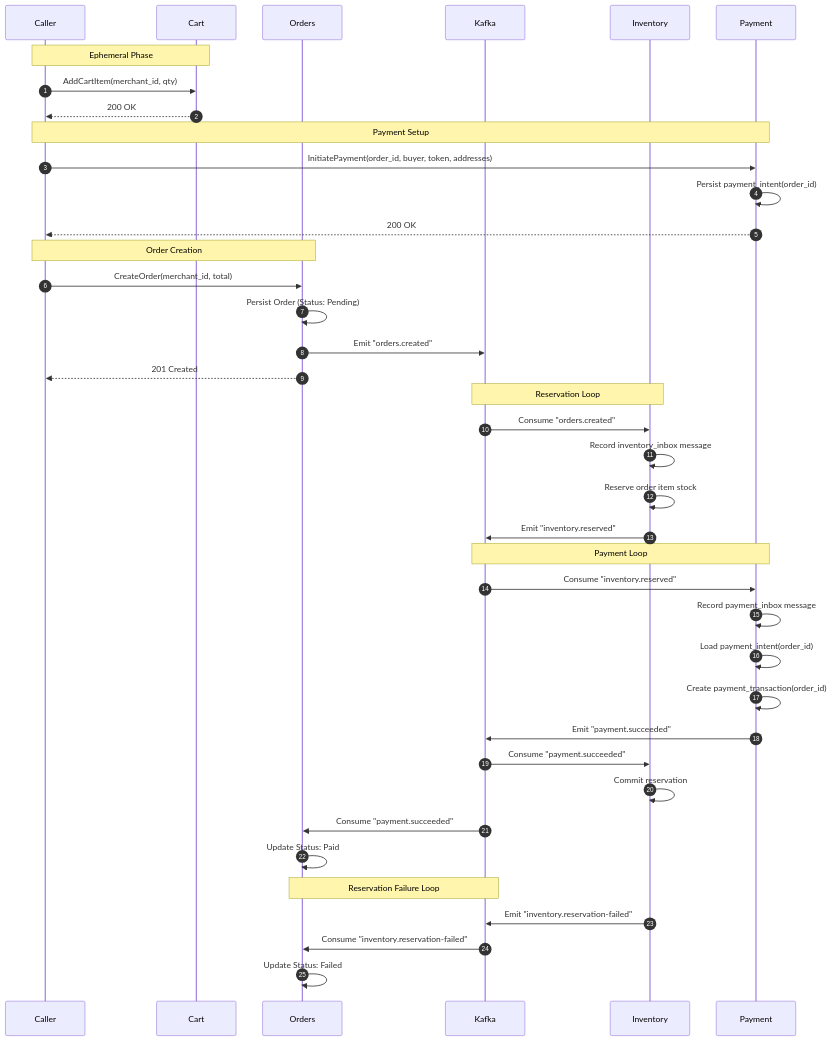
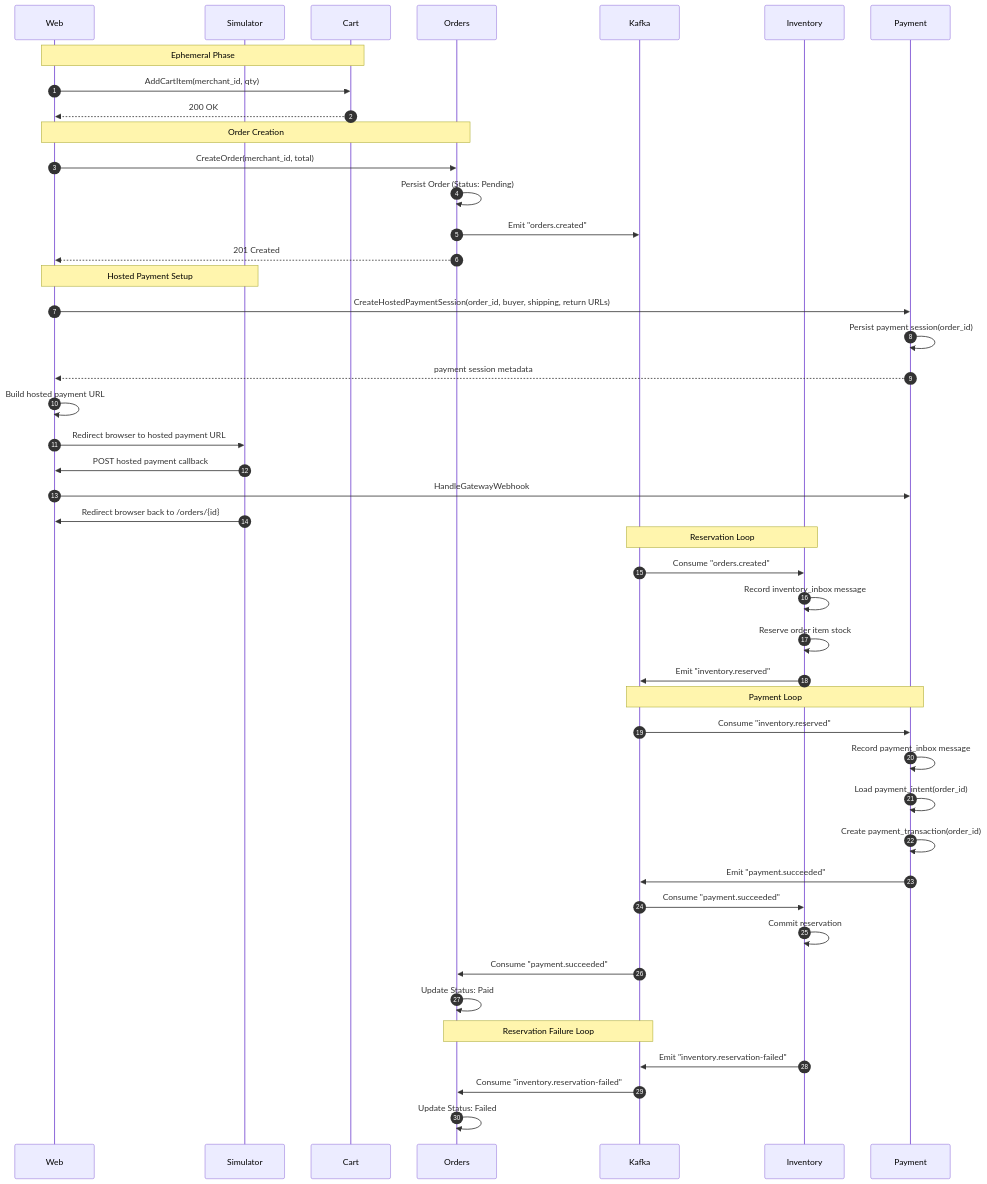
The diagram in docs/order-placement.md (phuchoang2603/refurbished-marketplace), drawn with Mermaid before and after one commit. The commit also changed other lines of this file and 49 other files, not shown here.

Commit message:
feat(payment): add hosted checkout session flow

````diff
--- a/docs/order-placement.md
+++ b/docs/order-placement.md
@@ -14,47 +14,53 @@
 ```mermaid
 sequenceDiagram
     autonumber
-    participant C as Caller
+    participant WEB as Web
+    participant SIM as Simulator
     participant CRT as Cart
     participant ORD as Orders
     participant K as Kafka
     participant INV as Inventory
     participant PAY as Payment
 
-    Note over C, CRT: Ephemeral Phase
-    C->>CRT: AddCartItem(merchant_id, qty)
-    CRT-->>C: 200 OK
+    Note over WEB, CRT: Ephemeral Phase
+    WEB->>CRT: AddCartItem(merchant_id, qty)
+    CRT-->>WEB: 200 OK
 
-    Note over C, PAY: Payment Setup
-    C->>PAY: InitiatePayment(order_id, buyer, token, addresses)
-    PAY->>PAY: Persist payment_intent(order_id)
-    PAY-->>C: 200 OK
-
-    Note over C, ORD: Order Creation
-    C->>ORD: CreateOrder(merchant_id, total)
+    Note over WEB, ORD: Order Creation
+    WEB->>ORD: CreateOrder(merchant_id, total)
     ORD->>ORD: Persist Order (Status: Pending)
     ORD->>K: Emit "orders.created"
-    ORD-->>C: 201 Created
+    ORD-->>WEB: 201 Created
+
+    Note over WEB, SIM: Hosted Payment Setup
+    WEB->>PAY: CreateHostedPaymentSession(order_id, buyer, shipping, return URLs)
+    PAY->>PAY: Persist payment session(order_id)
+    PAY-->>WEB: payment session metadata
+    WEB->>WEB: Build hosted payment URL
+    WEB->>SIM: Redirect browser to hosted payment URL
+    SIM->>WEB: POST hosted payment callback
+    WEB->>PAY: HandleGatewayWebhook
+    SIM->>WEB: Redirect browser back to /orders/{id}
 
     Note over K, INV: Reservation Loop
     K->>INV: Consume "orders.created"
     INV->>INV: Record inventory_inbox message
     INV->>INV: Reserve order item stock
     INV->>K: Emit "inventory.reserved"
 
     Note over K, PAY: Payment Loop
     K->>PAY: Consume "inventory.reserved"
     PAY->>PAY: Record payment_inbox message
     PAY->>PAY: Load payment_intent(order_id)
     PAY->>PAY: Create payment_transaction(order_id)
     PAY->>K: Emit "payment.succeeded"
     K->>INV: Consume "payment.succeeded"
     INV->>INV: Commit reservation
     K->>ORD: Consume "payment.succeeded"
     ORD->>ORD: Update Status: Paid
 
     Note over K, ORD: Reservation Failure Loop
     INV->>K: Emit "inventory.reservation-failed"
     K->>ORD: Consume "inventory.reservation-failed"
     ORD->>ORD: Update Status: Failed
 ```
````
